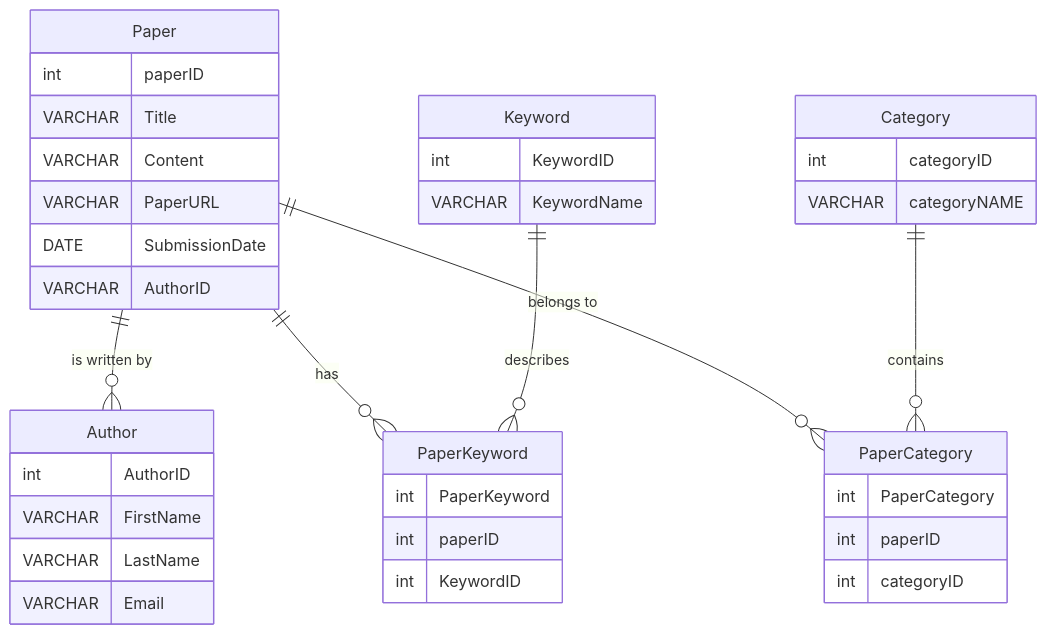
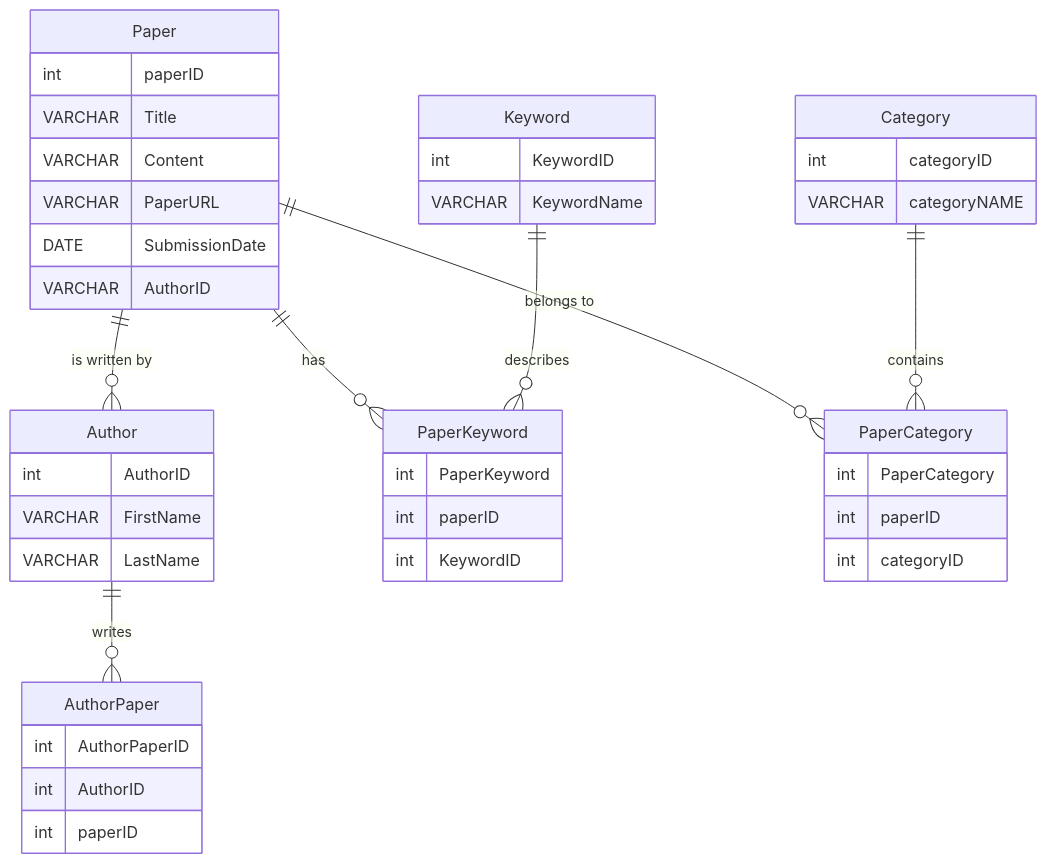
One commit to VCU-CS-Capstone/CS-24-333-Developing-a-central-hub-for-gender-outcome-programs-in-STEMM changed the diagram in src/capstone-backend/src/CS_24_333.qmd. Above: the diagram before and after it, drawn with Mermaid. The commit also changed 2 other files, not shown here.

Commit message:
updated sql and qmd file

````diff
--- a/src/capstone-backend/src/CS_24_333.qmd
+++ b/src/capstone-backend/src/CS_24_333.qmd
@@ -95,42 +95,46 @@
 ```{mermaid}
 %%| echo: false
 erDiagram
     Paper ||--o{ Author : "is written by"
     Paper ||--o{ PaperKeyword : "has"
     Paper ||--o{ PaperCategory : "belongs to"
     Category ||--o{ PaperCategory : "contains"
     Keyword ||--o{ PaperKeyword : "describes"
+    Author ||--o{ AuthorPaper : "writes"
 Paper {
     int paperID
     VARCHAR Title
     VARCHAR Content
     VARCHAR PaperURL
     DATE SubmissionDate
     VARCHAR AuthorID
 }
 Author {
     int AuthorID
     VARCHAR FirstName
     VARCHAR LastName
-    VARCHAR Email
 }
 Category {
     int categoryID
     VARCHAR categoryNAME
 }
 Keyword {
     int KeywordID
     VARCHAR KeywordName
 }
 PaperKeyword {
     int PaperKeyword
     int paperID
     int KeywordID
 }
 PaperCategory {
     int PaperCategory
     int paperID
     int categoryID
 }
-
+AuthorPaper {
+    int AuthorPaperID
+    int AuthorID
+    int paperID
+}
 ```
````
